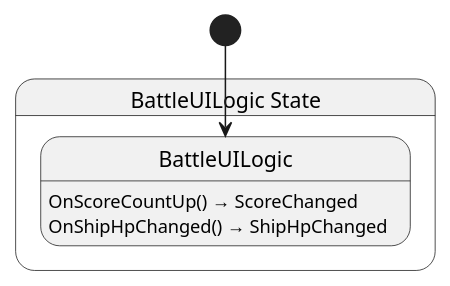
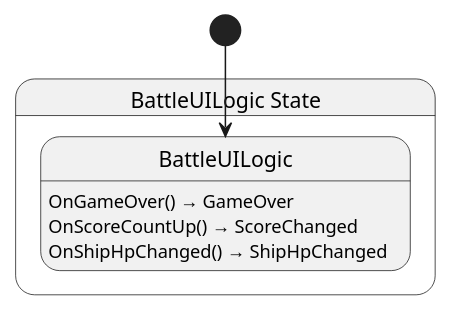
The diagram in src/battle_ui/state/BattleUILogic.g.puml (Ygoat/EternalJourney), drawn with PlantUML before and after one commit. The commit also changed 22 other files, not shown here.

Commit message:
リザルト画面の実装とゲーム終了フローの整備 - HP0時にリザルト画面を表示しバトルを非表示にする - スコア・タイムをリザルト画面に表示し、メニューへ戻る機能を追加 - GameRepoをGame.csで提供するよう変更 - ゲーム終了イベントの配線をロジック層(BattleUILogic/AppLogic)へ移動

```diff
--- a/src/battle_ui/state/BattleUILogic.g.puml
+++ b/src/battle_ui/state/BattleUILogic.g.puml
@@ -1,9 +1,10 @@
 @startuml BattleUILogic
 state "BattleUILogic State" as EternalJourney_BattleUI_State_BattleUILogic_State {
   state "BattleUILogic" as EternalJourney_BattleUI_State_BattleUILogic_State_BattleUILogic
 }
+EternalJourney_BattleUI_State_BattleUILogic_State_BattleUILogic : OnGameOver() → GameOver
 EternalJourney_BattleUI_State_BattleUILogic_State_BattleUILogic : OnScoreCountUp() → ScoreChanged
 EternalJourney_BattleUI_State_BattleUILogic_State_BattleUILogic : OnShipHpChanged() → ShipHpChanged
 
 [*] --> EternalJourney_BattleUI_State_BattleUILogic_State_BattleUILogic
 @enduml
```
